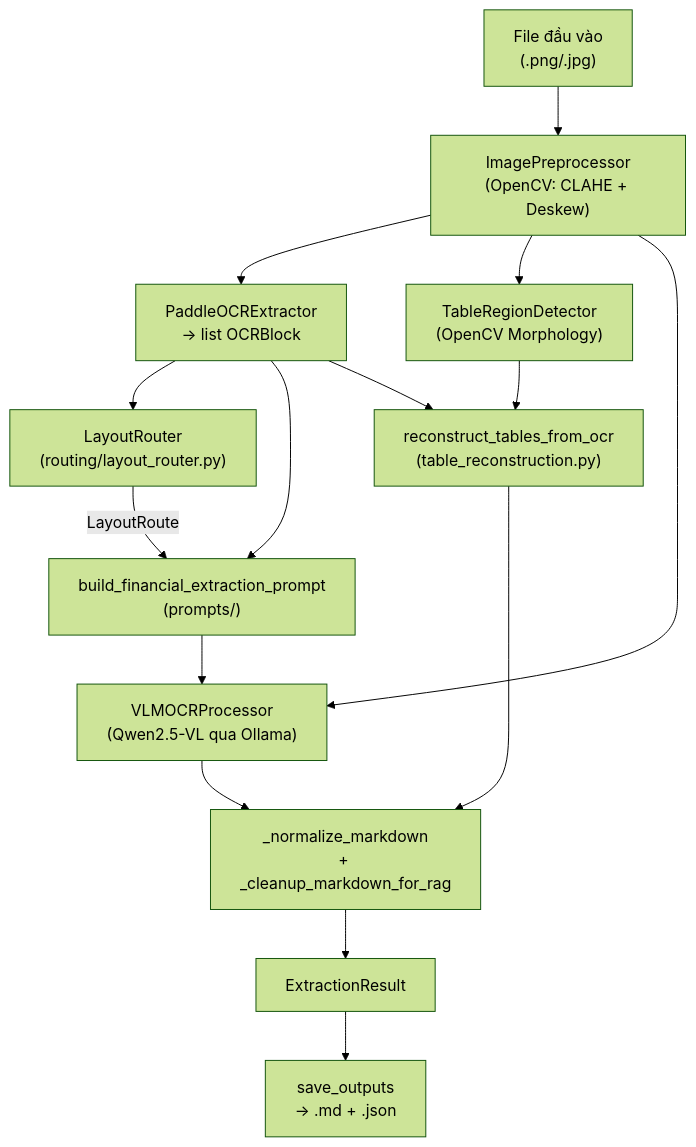
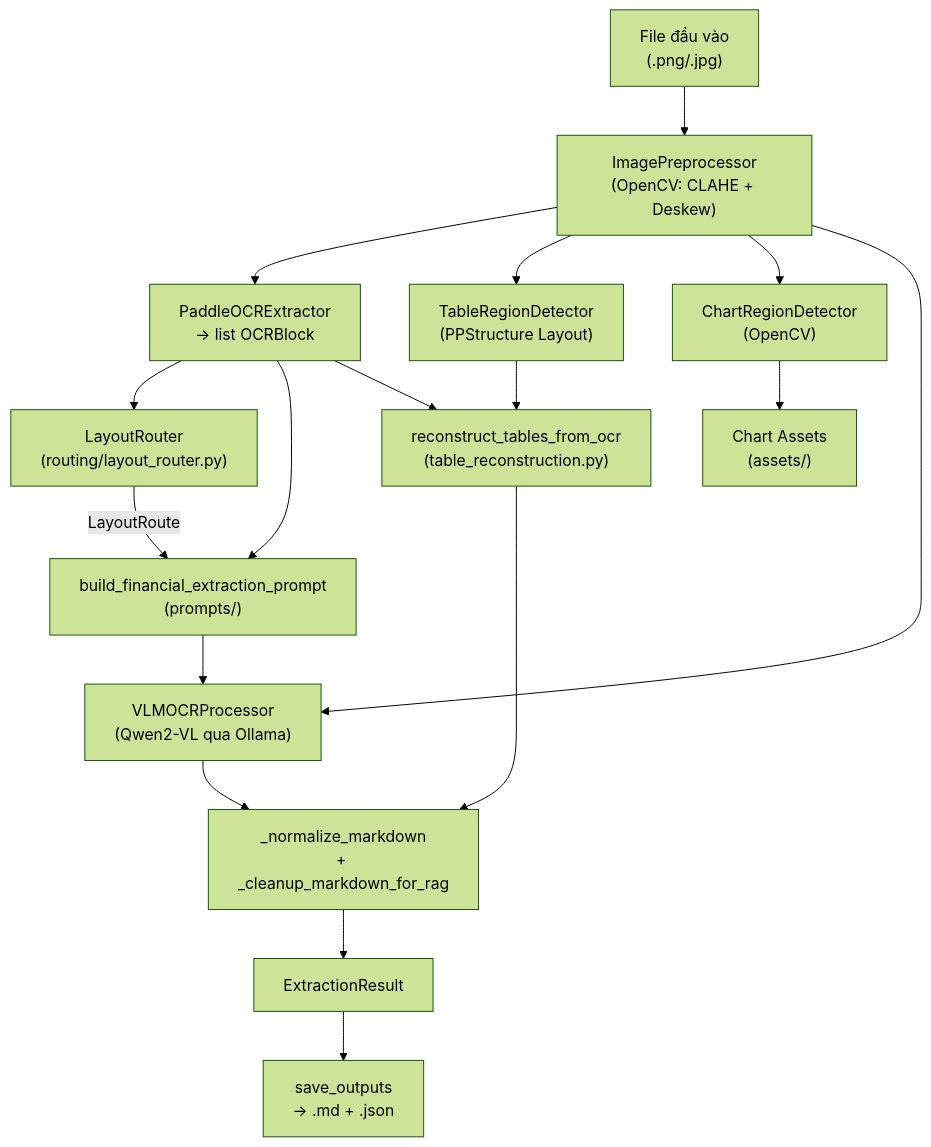
One commit to HoangKhang226/Doc-Anchor-AI changed the first of 2 diagrams in src/ingestion/README.md. Above: the diagram before and after it, drawn with Mermaid (forest theme). The commit also changed other lines of this file, not shown here.

````diff
--- a/src/ingestion/README.md
+++ b/src/ingestion/README.md
@@ -13,25 +13,28 @@
 ```mermaid
 flowchart TD
     A["File đầu vào\n(.png/.jpg)"] --> D["ImagePreprocessor\n(OpenCV: CLAHE + Deskew)"]
 
     D --> E["PaddleOCRExtractor\n→ list OCRBlock"]
 
     E --> F["LayoutRouter\n(routing/layout_router.py)"]
     F -->|LayoutRoute| G["build_financial_extraction_prompt\n(prompts/)"]
     E --> G
 
-    D --> H["TableRegionDetector\n(OpenCV Morphology)"]
+    D --> H["TableRegionDetector\n(PPStructure Layout)"]
     H --> I["reconstruct_tables_from_ocr\n(table_reconstruction.py)"]
     E --> I
 
-    G --> J["VLMOCRProcessor\n(Qwen2.5-VL qua Ollama)"]
+    D --> U["ChartRegionDetector\n(OpenCV)"]
+    U --> V["Chart Assets\n(assets/)"]
+    
+    G --> J["VLMOCRProcessor\n(Qwen2-VL qua Ollama)"]
     D --> J
 
     J --> K["_normalize_markdown\n+ _cleanup_markdown_for_rag"]
     I --> K
 
     K --> L["ExtractionResult"]
     L --> M["save_outputs\n→ .md + .json"]
 
 
 ```
````
